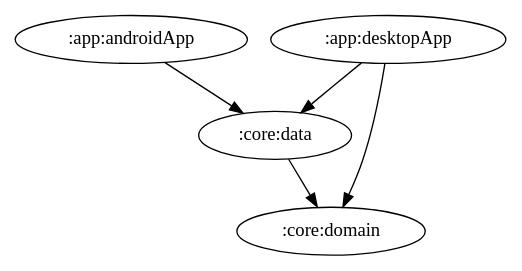
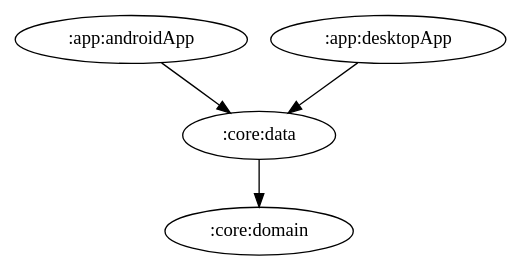
The diagram in docs/graphs/core-data.gv (ai-kurou/KoDriver), drawn with Graphviz before and after one commit. The commit also changed 7 other files, not shown here.

Commit message:
chore: update module graph images [skip ci]

```diff
--- a/docs/graphs/core-data.gv
+++ b/docs/graphs/core-data.gv
@@ -1,6 +1,5 @@
 digraph G {
   ":app:androidApp" -> ":core:data"
   ":app:desktopApp" -> ":core:data"
-  ":app:desktopApp" -> ":core:domain"
   ":core:data" -> ":core:domain"
 }
```
